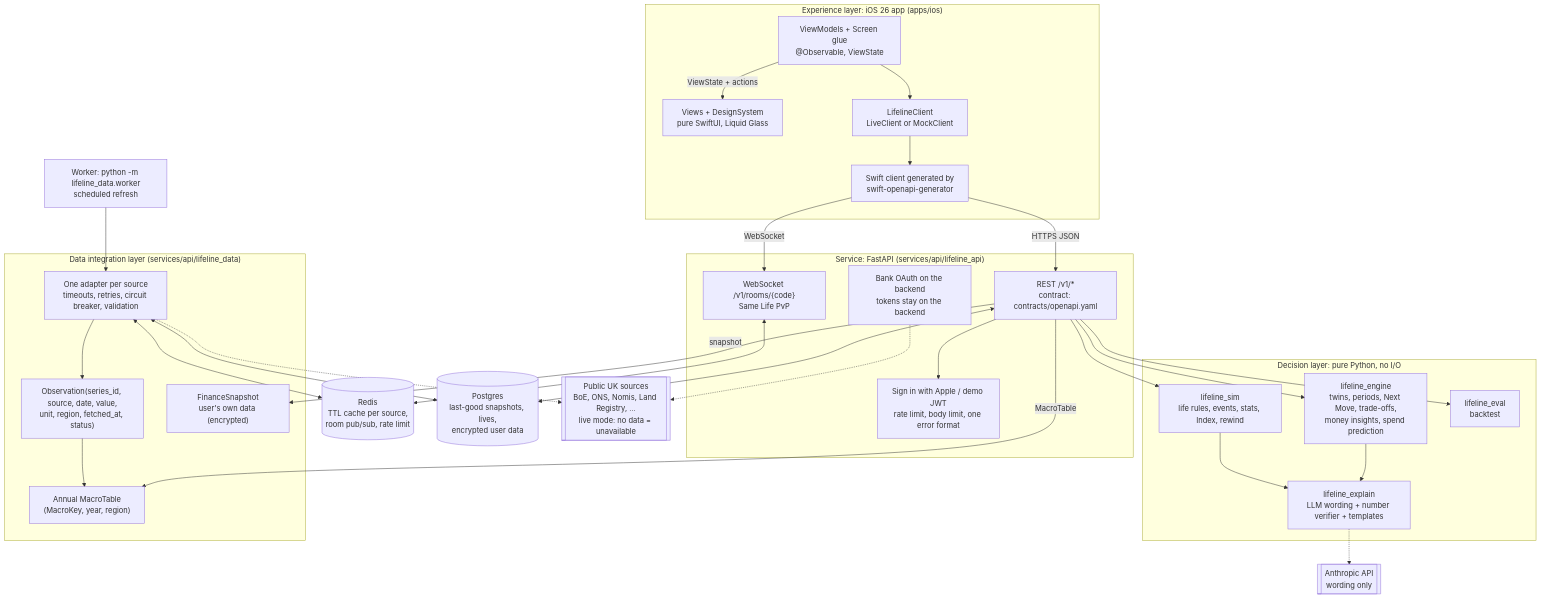
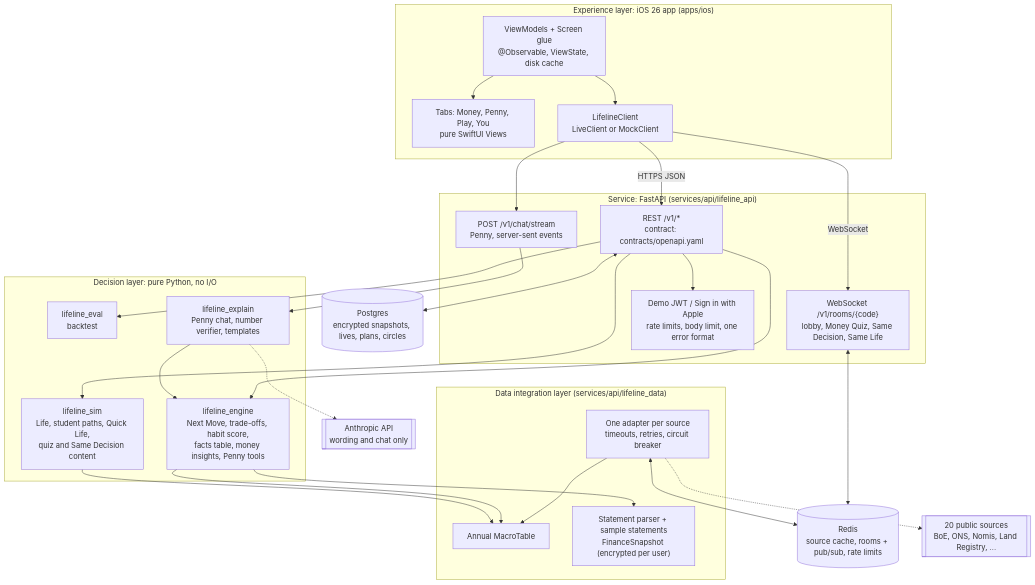
Before and after one commit to expires/guts-hackathon-2026: the diagram in README.md, drawn with Mermaid. The commit also changed other lines of this file and 440 other files, not shown here.

````diff
--- a/README.md
+++ b/README.md
@@ -58,56 +90,52 @@
 ```mermaid
 flowchart TB
   subgraph EXP["Experience layer: iOS 26 app (apps/ios)"]
-    VIEWS["Views + DesignSystem<br/>pure SwiftUI, Liquid Glass"]
-    VM["ViewModels + Screen glue<br/>@Observable, ViewState"]
+    TABS["Tabs: Money, Penny, Play, You<br/>pure SwiftUI Views"]
+    VM["ViewModels + Screen glue<br/>@Observable, ViewState, disk cache"]
     LC["LifelineClient<br/>LiveClient or MockClient"]
-    CLIENT["Swift client generated by<br/>swift-openapi-generator"]
-    VM -- "ViewState + actions" --> VIEWS
-    VM --> LC --> CLIENT
+    VM --> TABS
+    VM --> LC
   end
 
   subgraph SVC["Service: FastAPI (services/api/lifeline_api)"]
     REST["REST /v1/*<br/>contract: contracts/openapi.yaml"]
-    WS["WebSocket /v1/rooms/{code}<br/>Same Life PvP"]
-    AUTH["Sign in with Apple / demo JWT<br/>rate limit, body limit, one error format"]
-    BANK["Bank OAuth on the backend<br/>tokens stay on the backend"]
+    SSE["POST /v1/chat/stream<br/>Penny, server-sent events"]
+    WS["WebSocket /v1/rooms/{code}<br/>lobby, Money Quiz, Same Decision, Same Life"]
+    AUTH["Demo JWT / Sign in with Apple<br/>rate limits, body limit, one error format"]
   end
 
   subgraph DEC["Decision layer: pure Python, no I/O"]
-    SIM["lifeline_sim<br/>life rules, events, stats, Index, rewind"]
-    ENG["lifeline_engine<br/>twins, periods, Next Move, trade-offs,<br/>money insights, spend prediction"]
+    ENG["lifeline_engine<br/>Next Move, trade-offs, habit score,<br/>facts table, money insights, Penny tools"]
+    SIM["lifeline_sim<br/>Life, student paths, Quick Life,<br/>quiz and Same Decision content"]
     EVAL["lifeline_eval<br/>backtest"]
-    EXPL["lifeline_explain<br/>LLM wording + number verifier + templates"]
+    EXPL["lifeline_explain<br/>Penny chat, number verifier, templates"]
   end
 
   subgraph DATA["Data integration layer (services/api/lifeline_data)"]
-    ADP["One adapter per source<br/>timeouts, retries, circuit breaker, validation"]
-    OBS["Observation(series_id, source, date, value,<br/>unit, region, fetched_at, status)"]
-    MACRO["Annual MacroTable<br/>(MacroKey, year, region)"]
-    FIN["FinanceSnapshot<br/>user's own data (encrypted)"]
-    ADP --> OBS --> MACRO
+    ADP["One adapter per source<br/>timeouts, retries, circuit breaker"]
+    MACRO["Annual MacroTable"]
+    STMT["Statement parser + sample statements<br/>FinanceSnapshot (encrypted per user)"]
+    ADP --> MACRO
   end
 
-  WORKER["Worker: python -m lifeline_data.worker<br/>scheduled refresh"]
-  REDIS[("Redis<br/>TTL cache per source,<br/>room pub/sub, rate limit")]
-  PG[("Postgres<br/>last-good snapshots, lives,<br/>encrypted user data")]
-  EXT[["Public UK sources<br/>BoE, ONS, Nomis, Land Registry, ...<br/>live mode: no data = unavailable"]]
-  LLM[["Anthropic API<br/>wording only"]]
+  REDIS[("Redis<br/>source cache, rooms + pub/sub, rate limits")]
+  PG[("Postgres<br/>encrypted snapshots, lives, plans, circles")]
+  EXT[["20 public sources<br/>BoE, ONS, Nomis, Land Registry, ..."]]
+  LLM[["Anthropic API<br/>wording and chat only"]]
 
-  CLIENT -- "HTTPS JSON" --> REST
-  CLIENT -- "WebSocket" --> WS
+  LC -- "HTTPS JSON" --> REST
+  LC --> SSE
+  LC -- "WebSocket" --> WS
   REST --> AUTH
-  REST --> SIM & ENG & EVAL
-  SIM --> EXPL
-  ENG --> EXPL
+  REST --> ENG & SIM & EVAL
+  SSE --> EXPL
+  EXPL --> ENG
   EXPL -.-> LLM
-  REST -- "MacroTable" --> MACRO
-  REST -- "snapshot" --> FIN
+  ENG --> MACRO
+  ENG --> STMT
+  SIM --> MACRO
   WS <--> REDIS
   REST <--> PG
   ADP <--> REDIS
-  ADP <--> PG
   ADP -.-> EXT
-  WORKER --> ADP
-  BANK -.-> EXT
 ```
````
